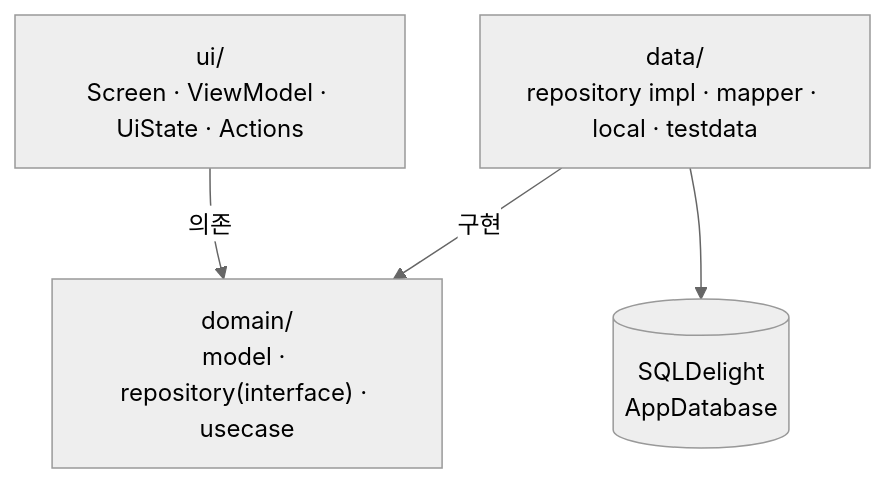
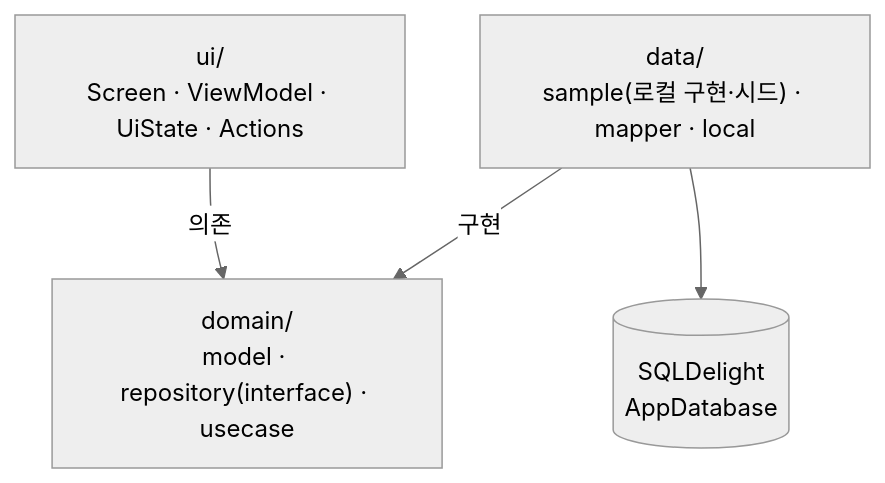
One commit to EunilSung/Talk_Multiplatform changed the diagram in README.md. Above: the diagram before and after it, drawn with Mermaid (neutral theme). The commit also changed other lines of this file and 28 other files, not shown here.

First line of the commit message:
refactor: 미사용 import 정리 및 data.testdata → data.sample 개명

````diff
--- a/README.md
+++ b/README.md
@@ -79,11 +79,11 @@
 ```mermaid
 flowchart TD
     UI["ui/<br/>Screen · ViewModel · UiState · Actions"]
     DOMAIN["domain/<br/>model · repository(interface) · usecase"]
-    DATA["data/<br/>repository impl · mapper · local · testdata"]
+    DATA["data/<br/>sample(로컬 구현·시드) · mapper · local"]
     DB[("SQLDelight<br/>AppDatabase")]
 
     UI -->|의존| DOMAIN
     DATA -->|구현| DOMAIN
     DATA --> DB
 ```
````
